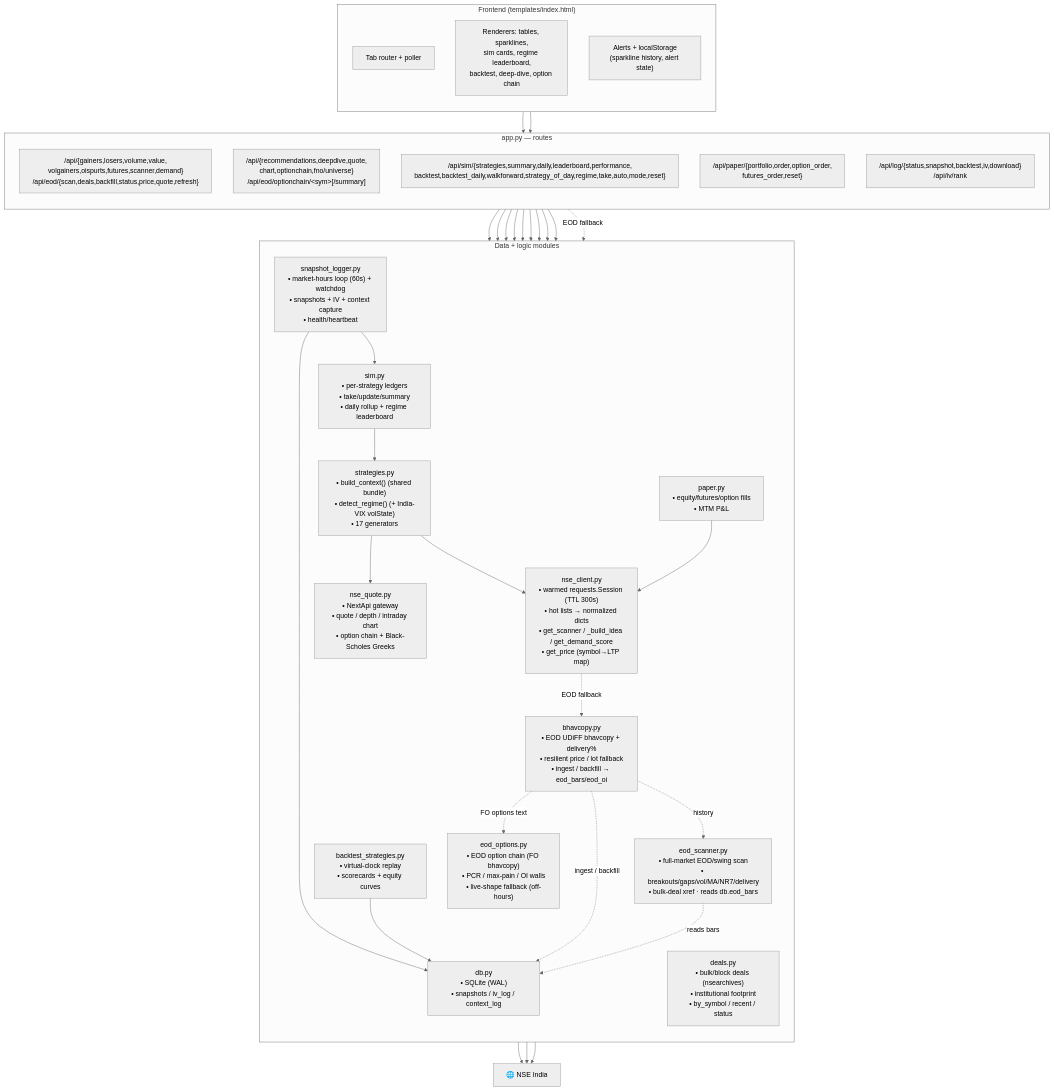
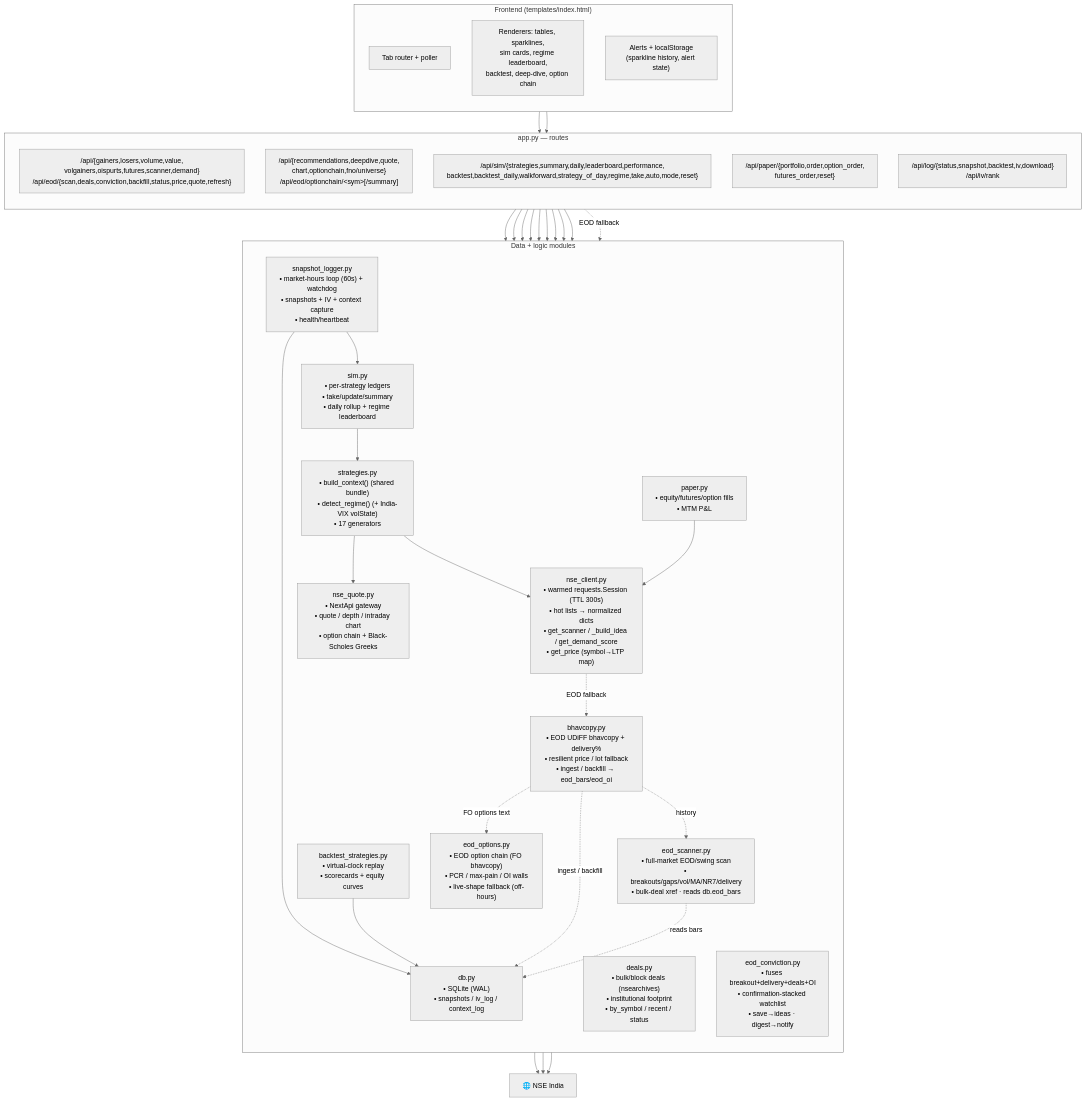
The third of 8 diagrams in README.md (aakash-jain-1/nse-market-pulse), drawn with Mermaid (neutral theme) before and after one commit. The commit also changed other lines of this file and 11 other files, not shown here.

````diff
--- a/README.md
+++ b/README.md
@@ -235,59 +236,60 @@
 ```mermaid
 flowchart TB
     subgraph FE["Frontend (templates/index.html)"]
         direction TB
         TABS["Tab router + poller"]
         REND["Renderers: tables, sparklines,<br/>sim cards, regime leaderboard,<br/>backtest, deep-dive, option chain"]
         ALERT["Alerts + localStorage<br/>(sparkline history, alert state)"]
     end
 
     subgraph API["app.py — routes"]
         direction TB
-        R1["/api/{gainers,losers,volume,value,<br/>volgainers,oispurts,futures,scanner,demand}<br/>/api/eod/{scan,deals,backfill,status,price,quote,refresh}"]
+        R1["/api/{gainers,losers,volume,value,<br/>volgainers,oispurts,futures,scanner,demand}<br/>/api/eod/{scan,deals,conviction,backfill,status,price,quote,refresh}"]
         R2["/api/{recommendations,deepdive,quote,<br/>chart,optionchain,fno/universe}<br/>/api/eod/optionchain/&lt;sym&gt;[/summary]"]
         R3["/api/sim/{strategies,summary,daily,leaderboard,performance,<br/>backtest,backtest_daily,walkforward,strategy_of_day,regime,take,auto,mode,reset}"]
         R4["/api/paper/{portfolio,order,option_order,<br/>futures_order,reset}"]
         R5["/api/log/{status,snapshot,backtest,iv,download}<br/>/api/iv/rank"]
     end
 
     subgraph DATA["Data + logic modules"]
         direction TB
         NC["nse_client.py<br/>• warmed requests.Session (TTL 300s)<br/>• hot lists → normalized dicts<br/>• get_scanner / _build_idea / get_demand_score<br/>• get_price (symbol→LTP map)"]
         NQ["nse_quote.py<br/>• NextApi gateway<br/>• quote / depth / intraday chart<br/>• option chain + Black-Scholes Greeks"]
         BC["bhavcopy.py<br/>• EOD UDiFF bhavcopy + delivery%<br/>• resilient price / lot fallback<br/>• ingest / backfill → eod_bars/eod_oi"]
         DL["deals.py<br/>• bulk/block deals (nsearchives)<br/>• institutional footprint<br/>• by_symbol / recent / status"]
         ES["eod_scanner.py<br/>• full-market EOD/swing scan<br/>• breakouts/gaps/vol/MA/NR7/delivery<br/>• bulk-deal xref · reads db.eod_bars"]
+        CV["eod_conviction.py<br/>• fuses breakout+delivery+deals+OI<br/>• confirmation-stacked watchlist<br/>• save→ideas · digest→notify"]
         EO["eod_options.py<br/>• EOD option chain (FO bhavcopy)<br/>• PCR / max-pain / OI walls<br/>• live-shape fallback (off-hours)"]
         ST["strategies.py<br/>• build_context() (shared bundle)<br/>• detect_regime() (+ India-VIX volState)<br/>• 17 generators"]
         SM["sim.py<br/>• per-strategy ledgers<br/>• take/update/summary<br/>• daily rollup + regime leaderboard"]
         BK["backtest_strategies.py<br/>• virtual-clock replay<br/>• scorecards + equity curves"]
         PP["paper.py<br/>• equity/futures/option fills<br/>• MTM P&L"]
         SL["snapshot_logger.py<br/>• market-hours loop (60s) + watchdog<br/>• snapshots + IV + context capture<br/>• health/heartbeat"]
         DBM["db.py<br/>• SQLite (WAL)<br/>• snapshots / iv_log / context_log"]
     end
 
     NSEAPI["🌐 NSE India"]
 
     TABS --> API
     REND --> API
     R1 --> NC
     R2 --> NC & NQ
     R3 --> SM & BK & ST
     R4 --> PP
     R5 --> SL
     NC --> NSEAPI
     NQ --> NSEAPI
     ST --> NC & NQ
     SM --> ST
     SL --> SM & DBM
     BK --> DBM
     PP --> NC
     NC -.EOD fallback.-> BC
     BC --> NSEAPI
     BC -.ingest / backfill.-> DBM
     R1 --> ES
     ES -.reads bars.-> DBM
     BC -.history.-> ES
     R2 -.EOD fallback.-> EO
     BC -.FO options text.-> EO
 ```
````
